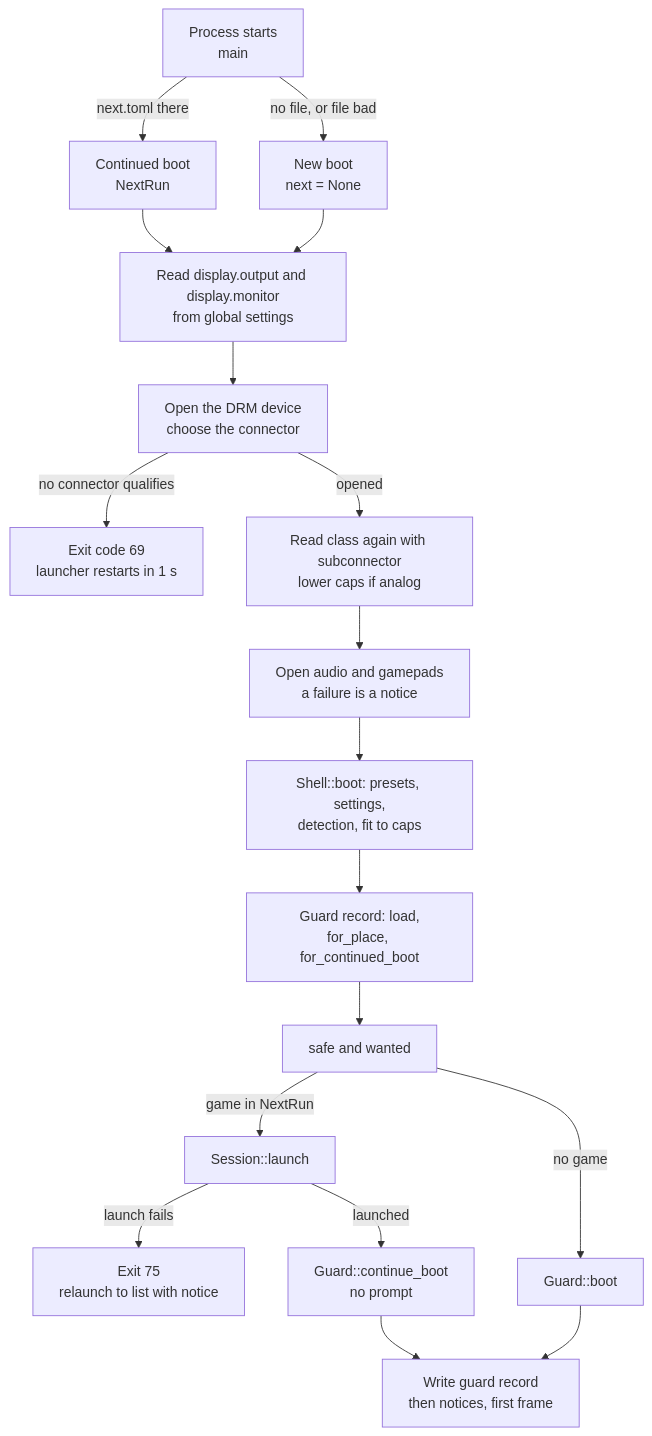
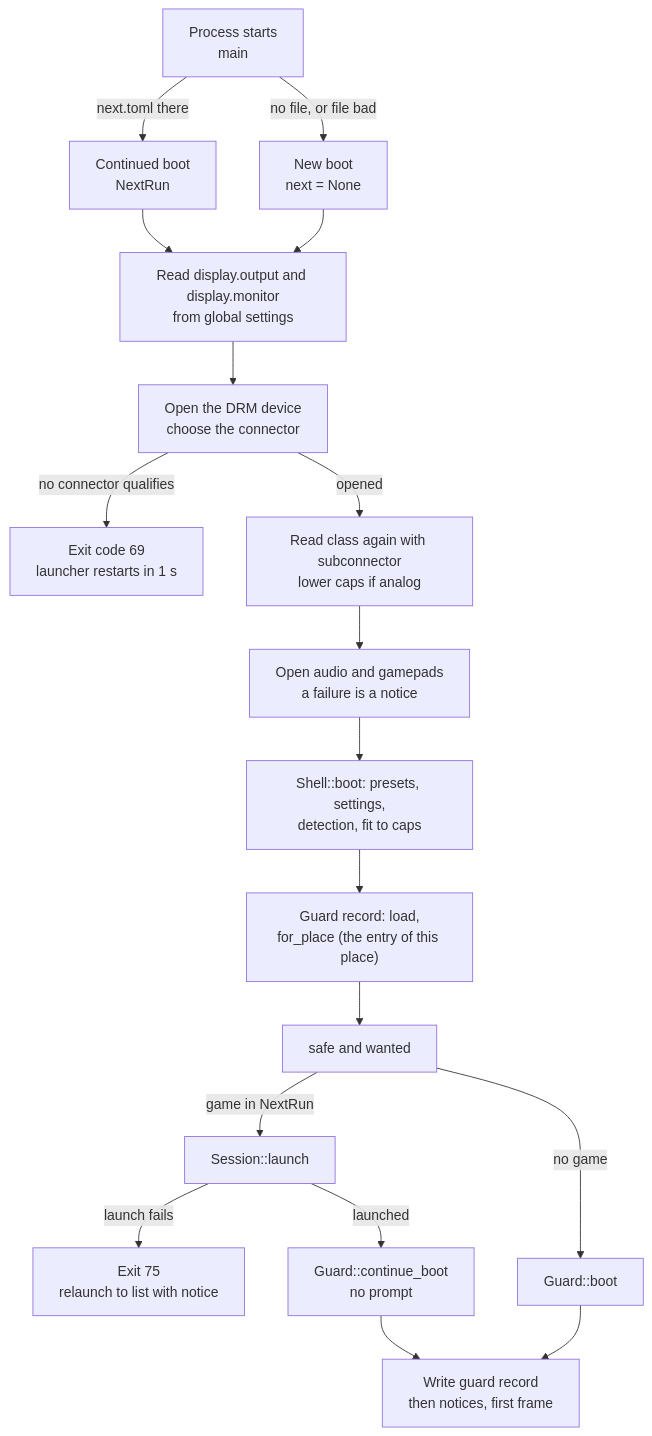
One commit to paologaleotti/neptron changed the first of 5 diagrams in docs/flows/02-frontend-boot.md. Above: the diagram before and after it, drawn with Mermaid. The commit also changed other lines of this file and 7 other files, not shown here.

````diff
--- a/docs/flows/02-frontend-boot.md
+++ b/docs/flows/02-frontend-boot.md
@@ -11,20 +11,20 @@
 ```mermaid
 flowchart TD
     A["Process starts<br/>main"] -->|"next.toml there"| B["Continued boot<br/>NextRun"]
     A -->|"no file, or file bad"| C["New boot<br/>next = None"]
     B --> D["Read display.output and display.monitor<br/>from global settings"]
     C --> D
     D --> E["Open the DRM device<br/>choose the connector"]
     E -->|"no connector qualifies"| X["Exit code 69<br/>launcher restarts in 1 s"]
     E -->|"opened"| F["Read class again with subconnector<br/>lower caps if analog"]
     F --> G["Open audio and gamepads<br/>a failure is a notice"]
     G --> H["Shell::boot: presets, settings,<br/>detection, fit to caps"]
-    H --> I["Guard record: load,<br/>for_place, for_continued_boot"]
+    H --> I["Guard record: load,<br/>for_place (the entry of this place)"]
     I --> J["safe and wanted"]
     J -->|"game in NextRun"| K["Session::launch"]
     K -->|"launch fails"| R["Exit 75<br/>relaunch to list with notice"]
     K -->|"launched"| L2["Guard::continue_boot<br/>no prompt"]
     J -->|"no game"| L["Guard::boot"]
     L2 --> M
     L --> M["Write guard record<br/>then notices, first frame"]
 ```
````
